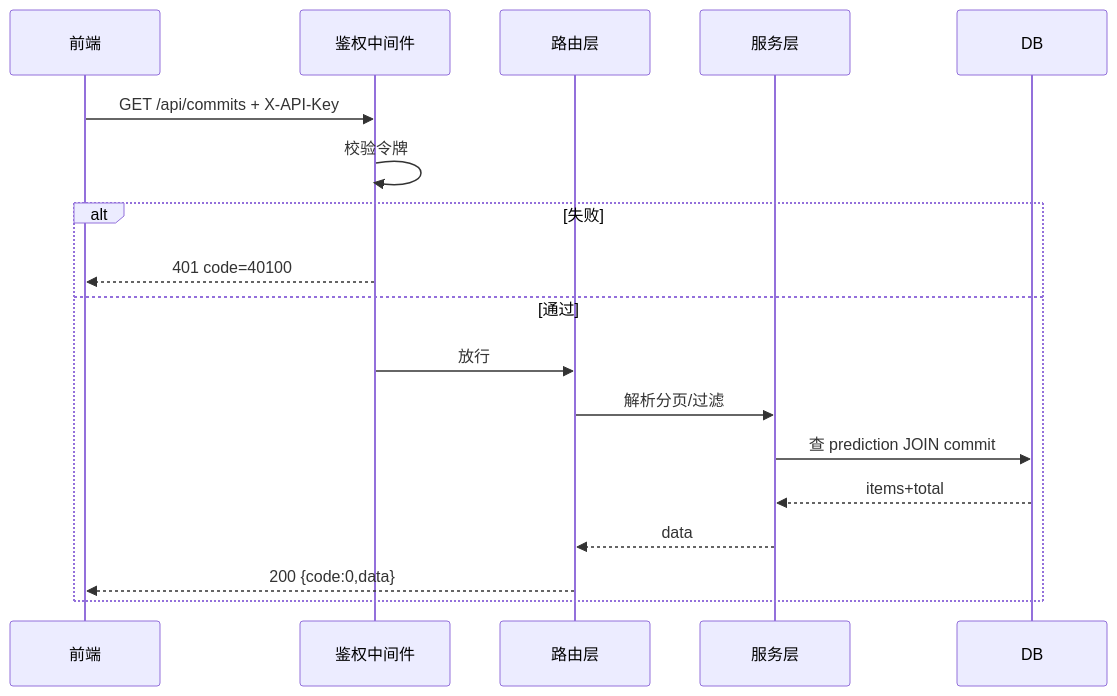
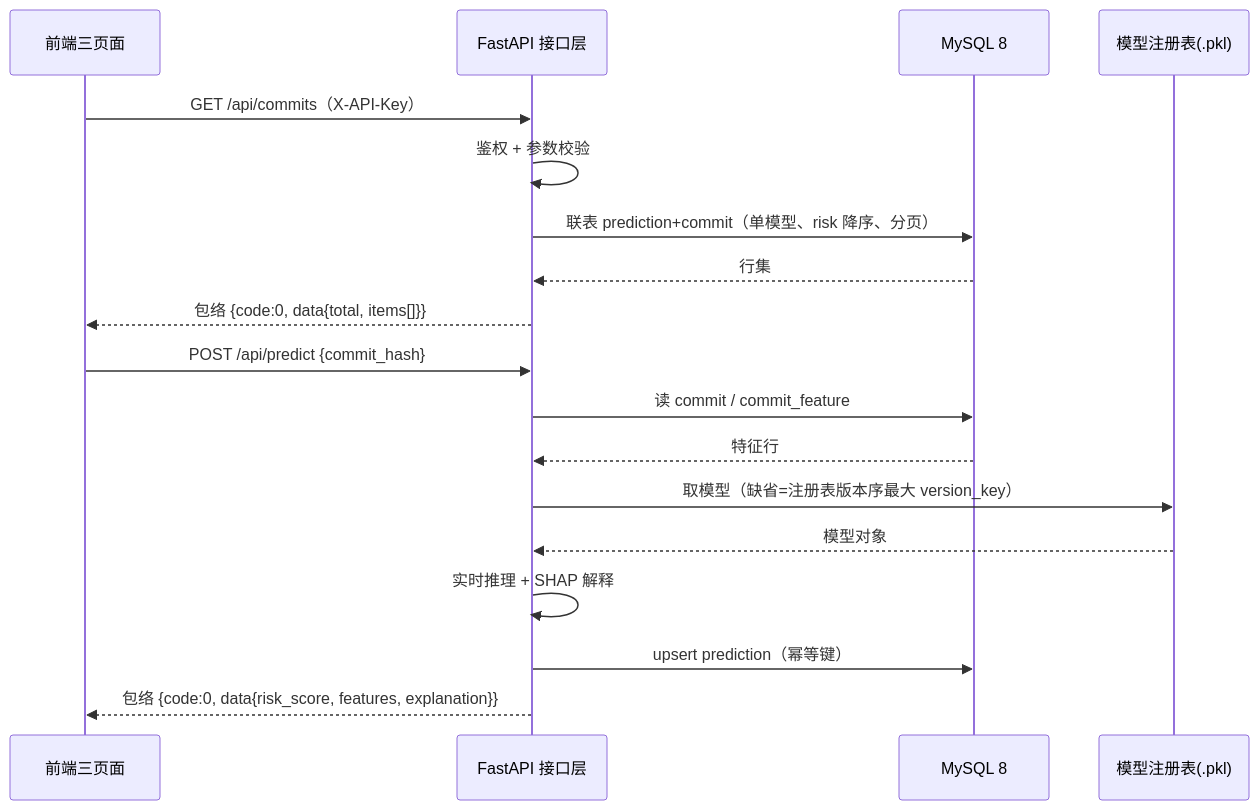
One commit to heapcluster/jit-defect-prediction changed the third of 4 diagrams in docs/design/diagrams.md. Above: the diagram before and after it, drawn with Mermaid. The commit also changed other lines of this file, not shown here.

First line of the commit message:
docs(design): 四图唯一源码收口进 docs/design/diagrams.md（#64 审阅选项 1） (#64)

````diff
--- a/docs/design/diagrams.md
+++ b/docs/design/diagrams.md
@@ -30,20 +64,20 @@
 ```mermaid
 sequenceDiagram
-  participant C as 前端
-  participant M as 鉴权中间件
-  participant R as 路由层
-  participant S as 服务层
-  participant D as DB
-  C->>M: GET /api/commits + X-API-Key
-  M->>M: 校验令牌
-  alt 失败
-    M-->>C: 401 code=40100
-  else 通过
-    M->>R: 放行
-    R->>S: 解析分页/过滤
-    S->>D: 查 prediction JOIN commit
-    D-->>S: items+total
-    S-->>R: data
-    R-->>C: 200 {code:0,data}
-  end
+    participant FE as 前端三页面
+    participant API as FastAPI 接口层
+    participant DB as MySQL 8
+    participant MD as 模型注册表(.pkl)
+    FE->>API: GET /api/commits（X-API-Key）
+    API->>API: 鉴权 + 参数校验
+    API->>DB: 联表 prediction+commit（单模型、risk 降序、分页）
+    DB-->>API: 行集
+    API-->>FE: 包络 {code:0, data{total, items[]}}
+    FE->>API: POST /api/predict {commit_hash}
+    API->>DB: 读 commit / commit_feature
+    DB-->>API: 特征行
+    API->>MD: 取模型（缺省=注册表版本序最大 version_key）
+    MD-->>API: 模型对象
+    API->>API: 实时推理 + SHAP 解释
+    API->>DB: upsert prediction（幂等键）
+    API-->>FE: 包络 {code:0, data{risk_score, features, explanation}}
 ```
````
